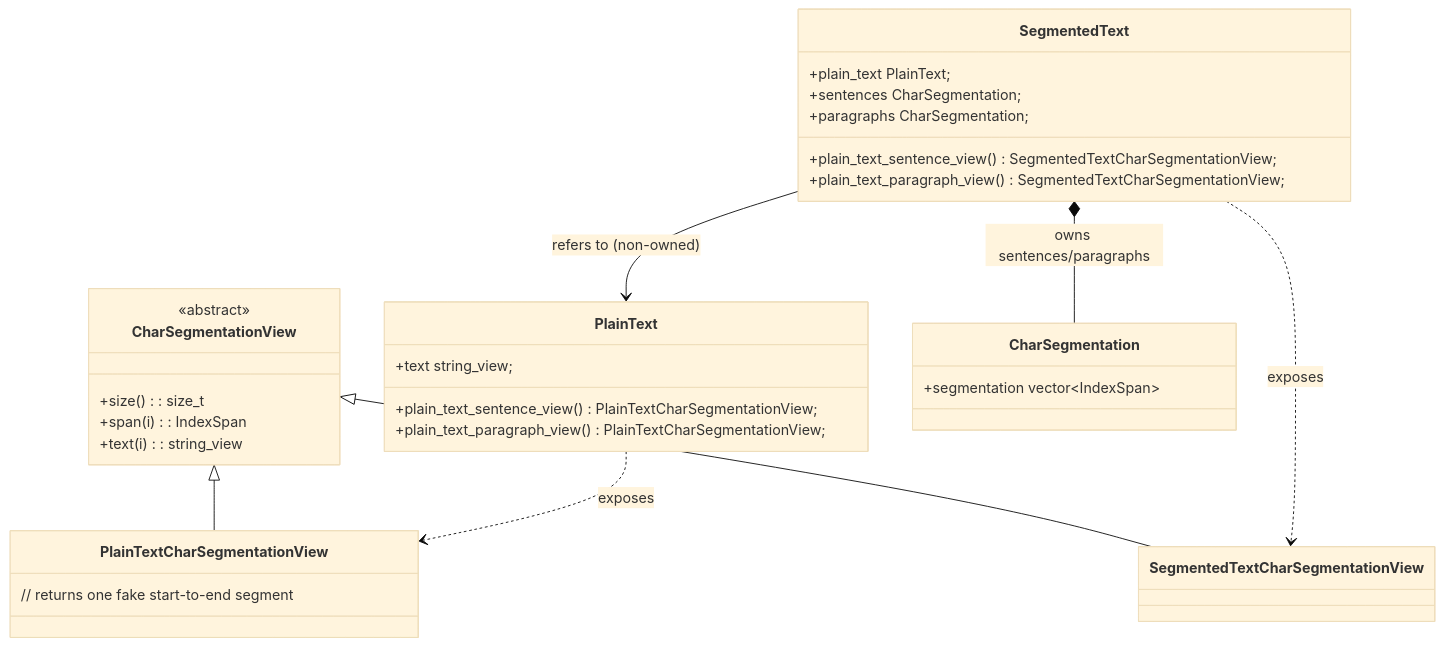
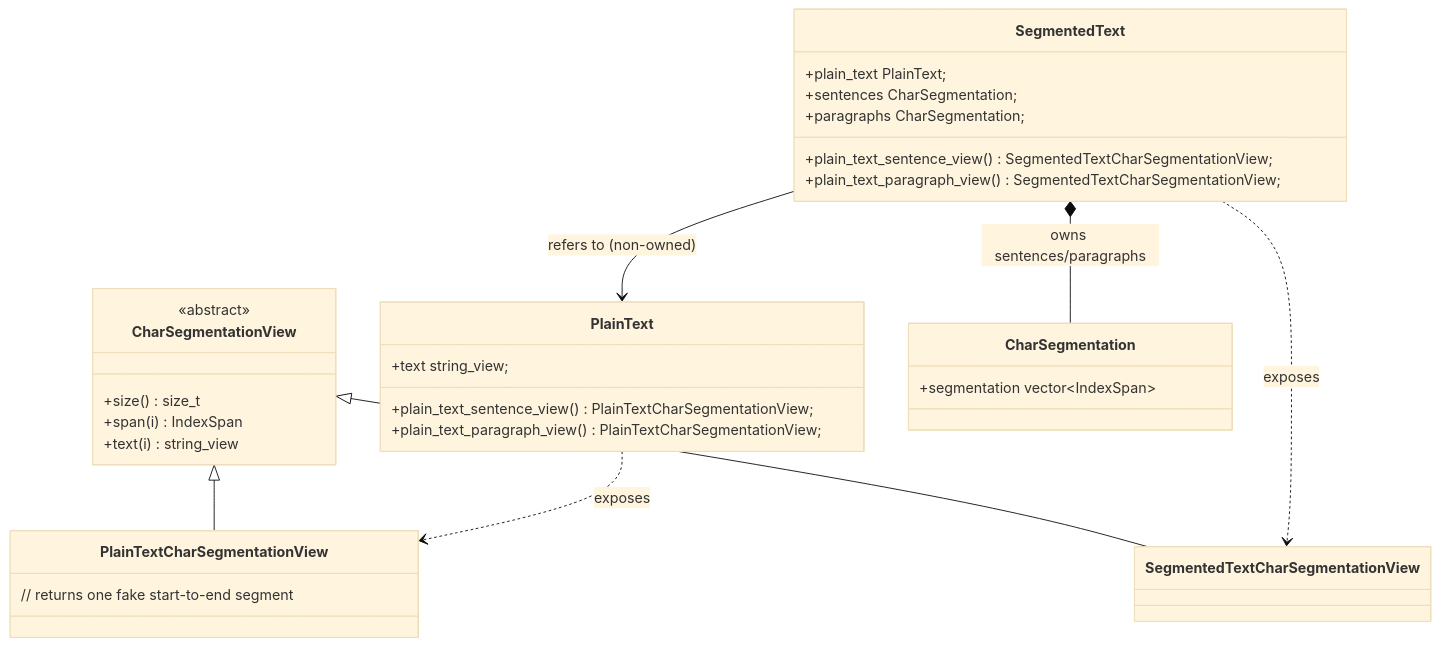
One commit to ufal/linpipe changed the third of 4 diagrams in docs/src/dev/segmentation_tokenization.md. Above: the diagram before and after it, drawn with Mermaid (base theme). The commit also changed other lines of this file, not shown here.

````diff
--- a/docs/src/dev/segmentation_tokenization.md
+++ b/docs/src/dev/segmentation_tokenization.md
@@ -77,43 +79,43 @@
 ```mermaid
 classDiagram
     class CharSegmentationView {
         <<abstract>>
 
-        +size(): size_t
-        +span(i): IndexSpan
-        +text(i): string_view
+        +size() size_t
+        +span(i) IndexSpan
+        +text(i) string_view
     }
 
     class PlainTextCharSegmentationView {
         // returns one fake start-to-end segment
     }
 
     class SegmentedTextCharSegmentationView {
     }
 
     CharSegmentationView <|-- PlainTextCharSegmentationView
     CharSegmentationView <|-- SegmentedTextCharSegmentationView
 
     class PlainText {
         +text string_view;
         +plain_text_sentence_view() PlainTextCharSegmentationView;
         +plain_text_paragraph_view() PlainTextCharSegmentationView;
     }
 
     class CharSegmentation {
         +segmentation vector~IndexSpan~
     }
 
     class SegmentedText {
         +plain_text PlainText;
         +sentences CharSegmentation;
         +paragraphs CharSegmentation;
         +plain_text_sentence_view() SegmentedTextCharSegmentationView;
         +plain_text_paragraph_view() SegmentedTextCharSegmentationView;
     }
 
     SegmentedText *-- CharSegmentation : owns sentences/paragraphs
     SegmentedText --> PlainText : refers to (non-owned)
     PlainText ..> PlainTextCharSegmentationView : exposes
     SegmentedText ..> SegmentedTextCharSegmentationView : exposes
 ```
````
